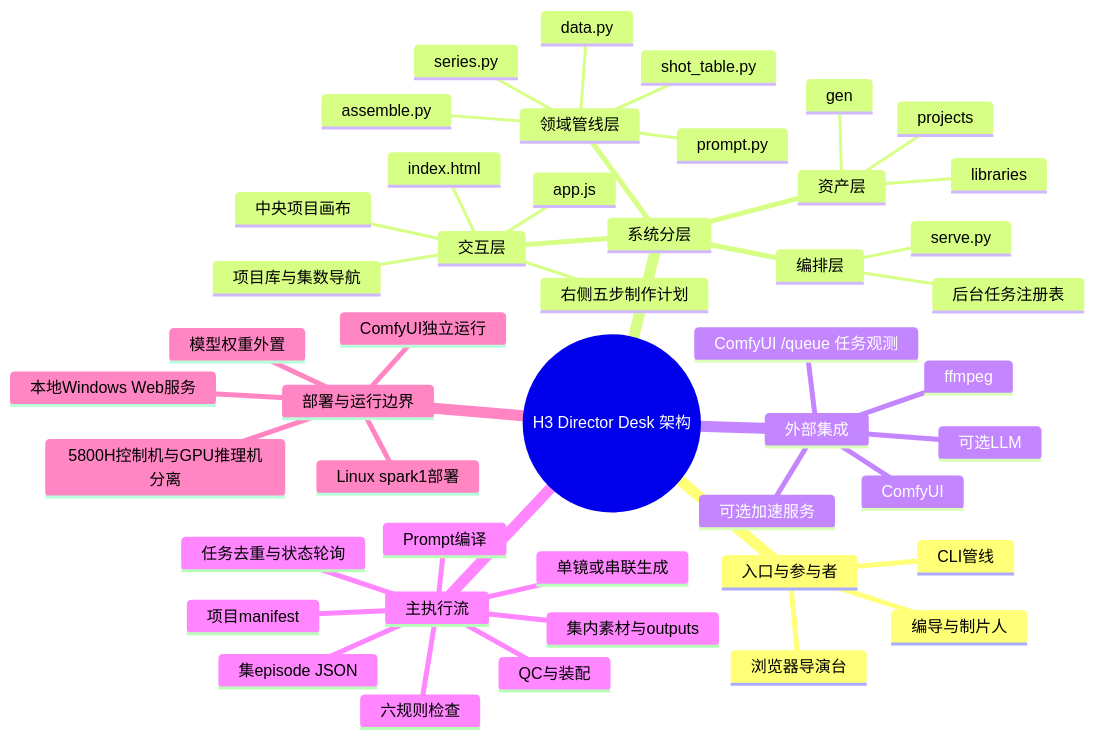
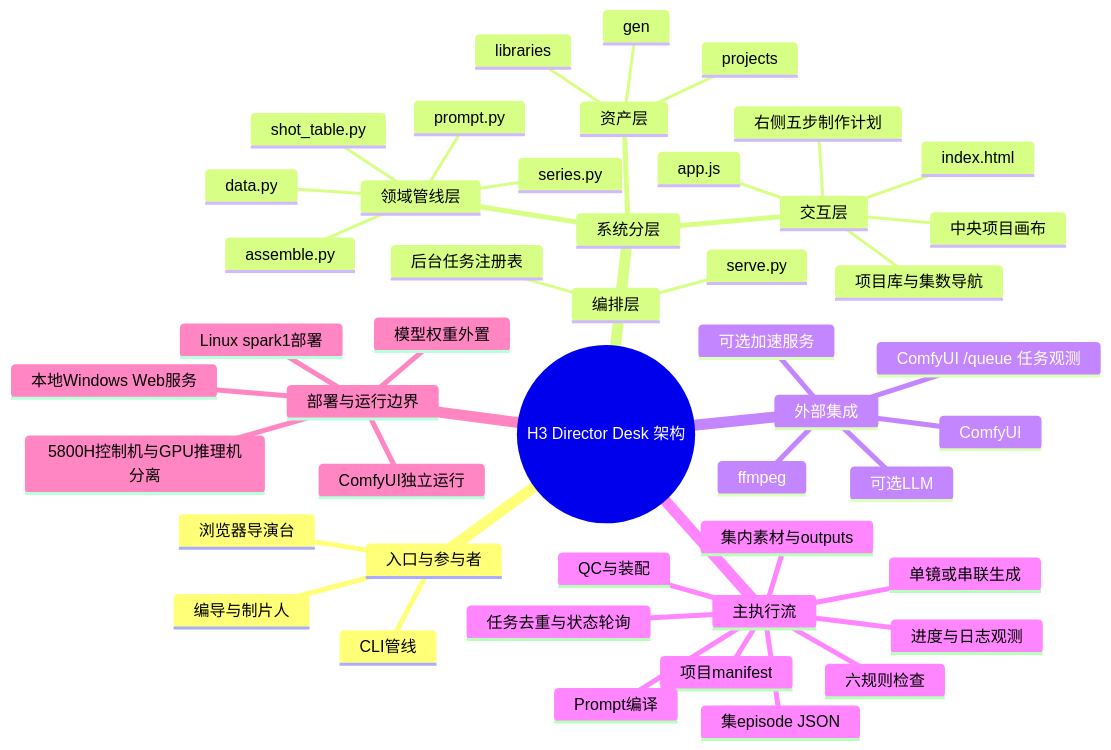
One commit to Exalex/h3-director-desk changed the diagram in docs/project-evolution/mindmaps/architecture.md. Above: the diagram before and after it, drawn with Mermaid. The commit also changed 11 other files, not shown here.

````diff
--- a/docs/project-evolution/mindmaps/architecture.md
+++ b/docs/project-evolution/mindmaps/architecture.md
@@ -3,49 +3,50 @@
 ```mermaid
 mindmap
   root((H3 Director Desk 架构))
     入口与参与者
       浏览器导演台
       CLI管线
       编导与制片人
     系统分层
       交互层
         index.html
         app.js
         项目库与集数导航
         中央项目画布
         右侧五步制作计划
       编排层
         serve.py
         后台任务注册表
       领域管线层
         data.py
         shot_table.py
         prompt.py
         series.py
         assemble.py
       资产层
         projects
         gen
         libraries
     外部集成
       ComfyUI
       ComfyUI /queue 任务观测
       可选加速服务
       可选LLM
       ffmpeg
     主执行流
       项目manifest
       集episode JSON
       集内素材与outputs
       六规则检查
       Prompt编译
       单镜或串联生成
       任务去重与状态轮询
+      进度与日志观测
       QC与装配
     部署与运行边界
       本地Windows Web服务
       Linux spark1部署
       ComfyUI独立运行
       模型权重外置
       5800H控制机与GPU推理机分离
 ```
````
